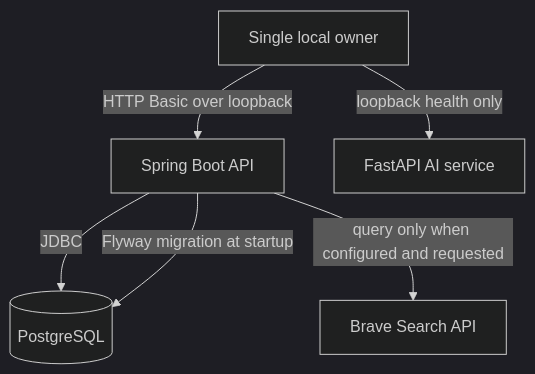
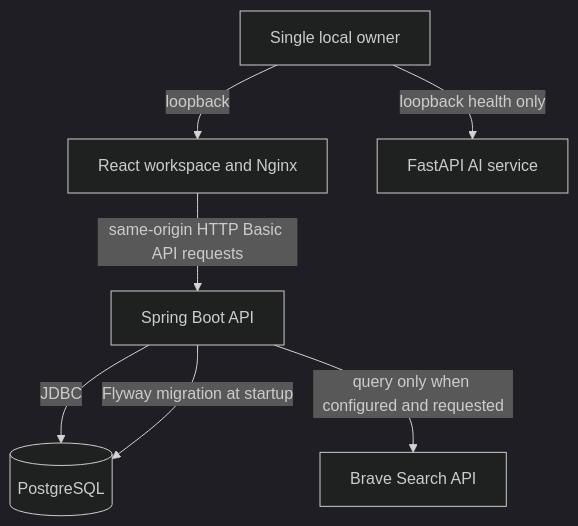
One commit to kavinash0310/aura-ai changed the second of 5 diagrams in docs/02-architecture/SYSTEM-ARCHITECTURE.md. Above: the diagram before and after it, drawn with Mermaid (dark theme). The commit also changed other lines of this file and 26 other files, not shown here.

Commit message:
feat: add local research workspace

```diff
--- a/docs/02-architecture/SYSTEM-ARCHITECTURE.md
+++ b/docs/02-architecture/SYSTEM-ARCHITECTURE.md
@@ -41,8 +41,9 @@
 ~~~mermaid
 flowchart TB
-  Owner[Single local owner] -->|HTTP Basic over loopback| Spring[Spring Boot API]
+  Owner[Single local owner] -->|loopback| Web[React workspace and Nginx]
+  Web -->|same-origin HTTP Basic API requests| Spring[Spring Boot API]
   Spring -->|JDBC| PostgreSQL[(PostgreSQL)]
   Spring -->|Flyway migration at startup| PostgreSQL
   Spring -->|query only when configured and requested| Brave[Brave Search API]
   Owner -->|loopback health only| Python[FastAPI AI service]
 ~~~
```
